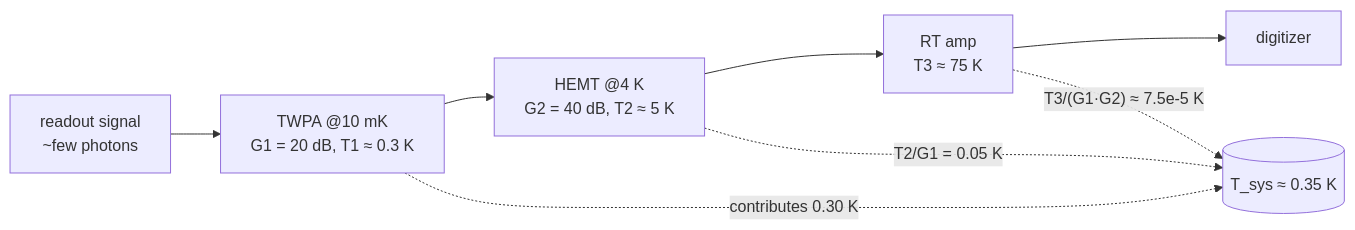
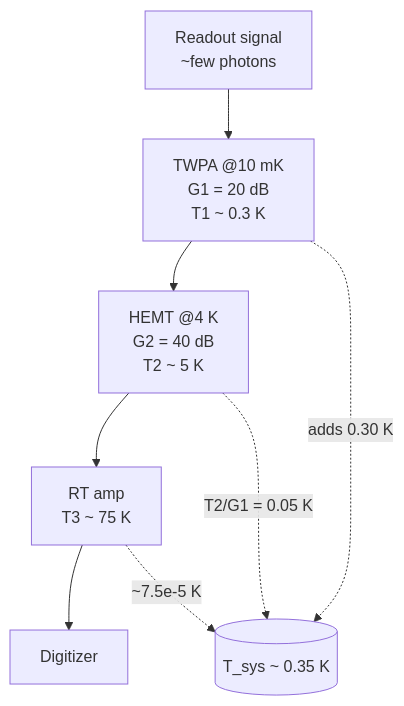
The first of 2 diagrams in tutorial/10-measurement-chain.md (Iamsohungrynow/superconducting-qubits-journey), drawn with Mermaid before and after one commit. The commit also changed other lines of this file and 11 other files, not shown here.

Commit message:
Rewrite Mermaid diagrams for clear GitHub rendering (TD layout, short labels)

````diff
--- a/tutorial/10-measurement-chain.md
+++ b/tutorial/10-measurement-chain.md
@@ -117,10 +117,10 @@
 ```mermaid
-flowchart LR
-  S[readout signal<br/>~few photons] --> A1["TWPA @10 mK<br/>G1 = 20 dB, T1 ≈ 0.3 K"]
-  A1 --> A2["HEMT @4 K<br/>G2 = 40 dB, T2 ≈ 5 K"]
-  A2 --> A3["RT amp<br/>T3 ≈ 75 K"]
-  A3 --> D[digitizer]
-  A1 -.->|"contributes 0.30 K"| R[("T_sys ≈ 0.35 K")]
+flowchart TD
+  S["Readout signal<br/>~few photons"] --> A1["TWPA @10 mK<br/>G1 = 20 dB<br/>T1 ~ 0.3 K"]
+  A1 --> A2["HEMT @4 K<br/>G2 = 40 dB<br/>T2 ~ 5 K"]
+  A2 --> A3["RT amp<br/>T3 ~ 75 K"]
+  A3 --> D["Digitizer"]
+  A1 -.->|"adds 0.30 K"| R[("T_sys ~ 0.35 K")]
   A2 -.->|"T2/G1 = 0.05 K"| R
-  A3 -.->|"T3/(G1·G2) ≈ 7.5e-5 K"| R
+  A3 -.->|"~7.5e-5 K"| R
 ```
````
